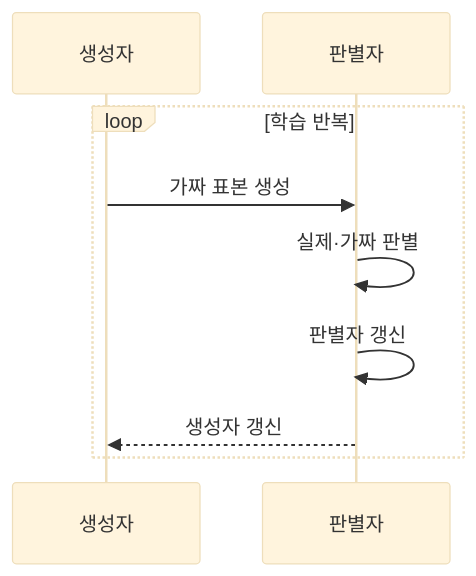
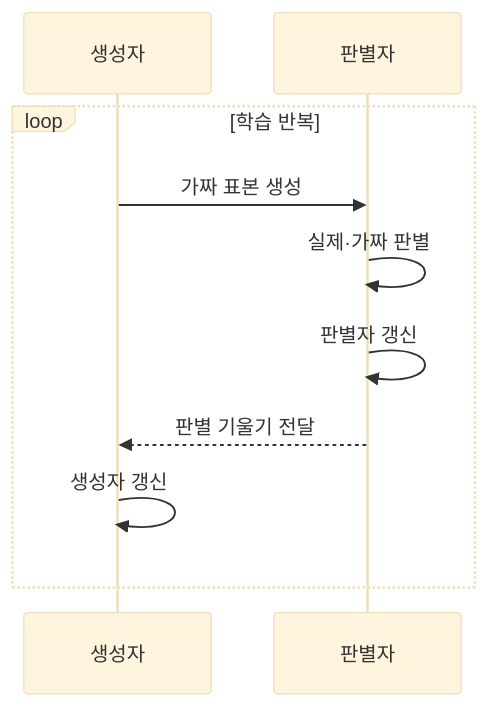
The second of 2 diagrams in src/content/docs/notes/01-basic-theory/046_gan.md (agnusdei1207/knowledge-base), drawn with Mermaid (base theme) before and after one commit. The commit also changed other lines of this file and 27 other files, not shown here.

````diff
--- a/src/content/docs/notes/01-basic-theory/046_gan.md
+++ b/src/content/docs/notes/01-basic-theory/046_gan.md
@@ -90,11 +90,12 @@
 ```mermaid
 sequenceDiagram
     participant G as 생성자
     participant D as 판별자
     loop 학습 반복
         G->>D: 가짜 표본 생성
         D->>D: 실제·가짜 판별
         D->>D: 판별자 갱신
-        D-->>G: 생성자 갱신
+        D-->>G: 판별 기울기 전달
+        G->>G: 생성자 갱신
     end
 ```
````
